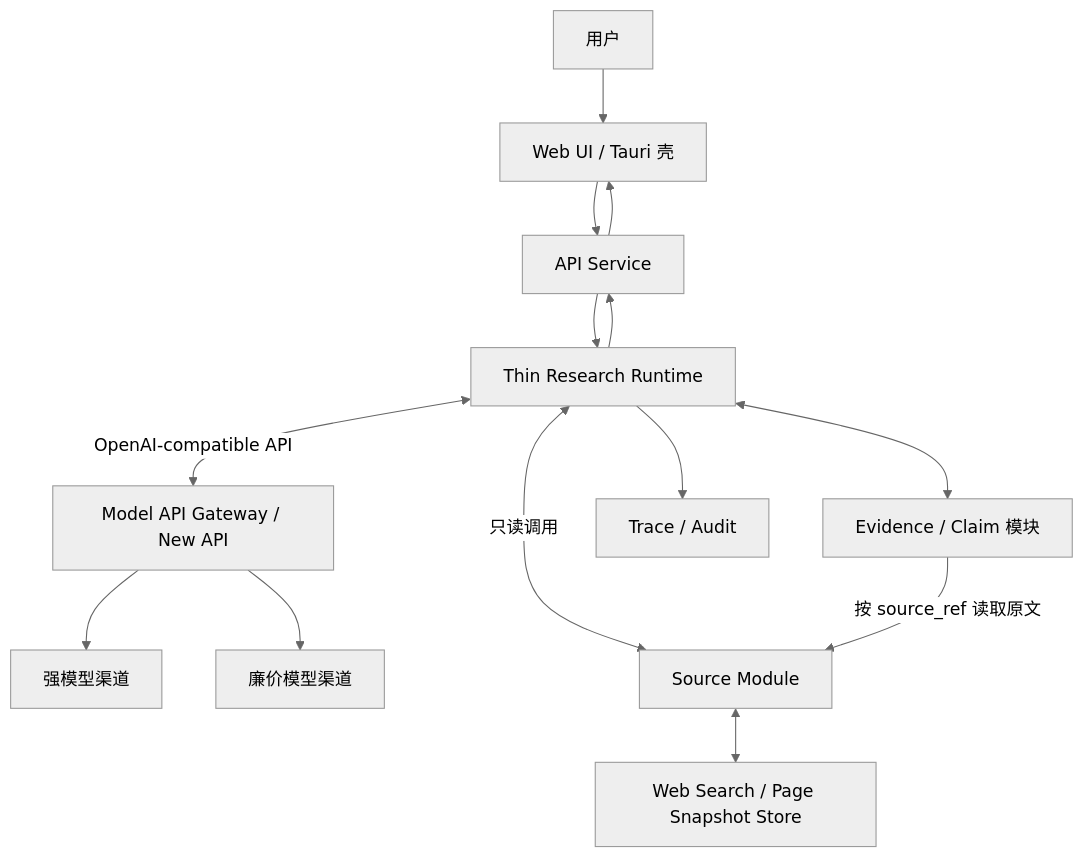
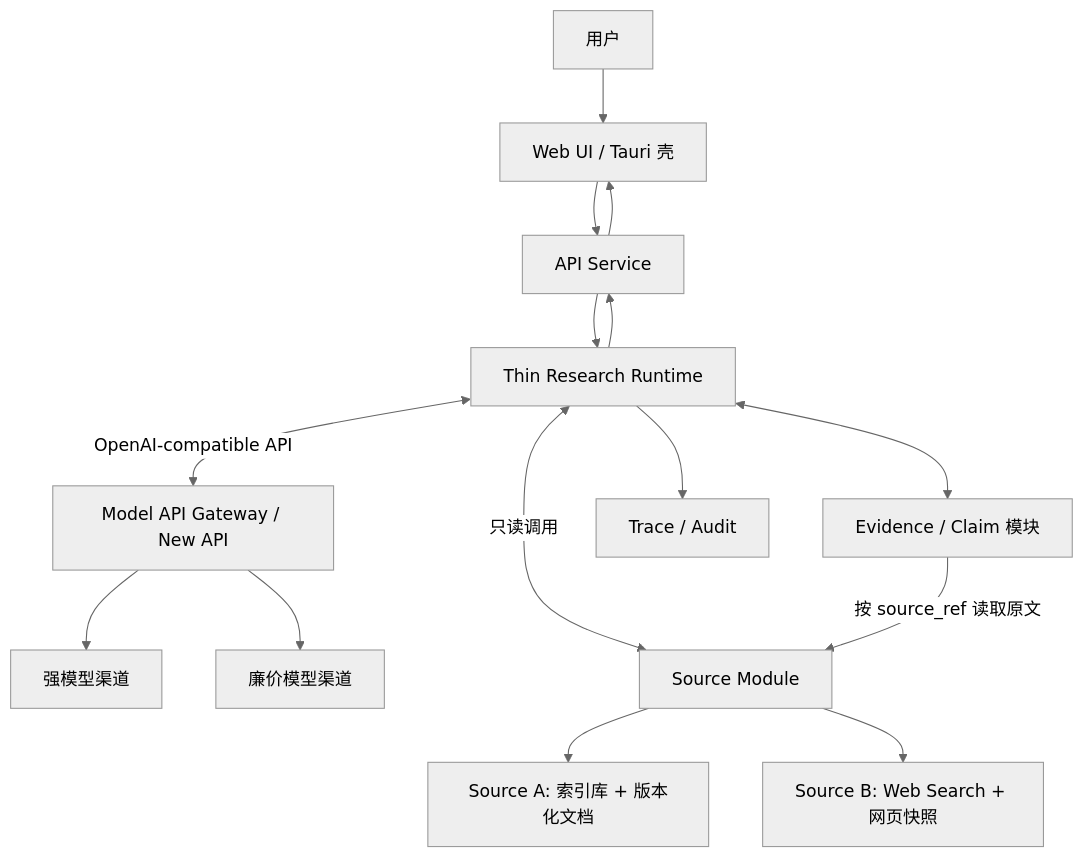
The first of 2 diagrams in docs/architecture.md (SuperCatQR/traceable-research-runtime), drawn with Mermaid (neutral theme) before and after one commit. The commit also changed other lines of this file and 1 other file, not shown here.

Commit message:
docs: design two source architectures (structured DB / web search) over a shared spine

````diff
--- a/docs/architecture.md
+++ b/docs/architecture.md
@@ -53,19 +78,21 @@
 ```mermaid
 flowchart TB
     U[用户] --> UI[Web UI / Tauri 壳]
     UI --> API[API Service]
     API --> R[Thin Research Runtime]
 
     R <-->|OpenAI-compatible API| MG[Model API Gateway / New API]
     MG --> SM[强模型渠道]
     MG --> CM[廉价模型渠道]
 
     R <-->|只读调用| SI[Source Module]
     R <--> E[Evidence / Claim 模块]
     E -->|按 source_ref 读取原文| SI
-    SI <--> D[Web Search / Page Snapshot Store]
+
+    SI --> DA["Source A: 索引库 + 版本化文档"]
+    SI --> DB["Source B: Web Search + 网页快照"]
+
     R --> A[Trace / Audit]
-
     R --> API
     API --> UI
 ```
````
